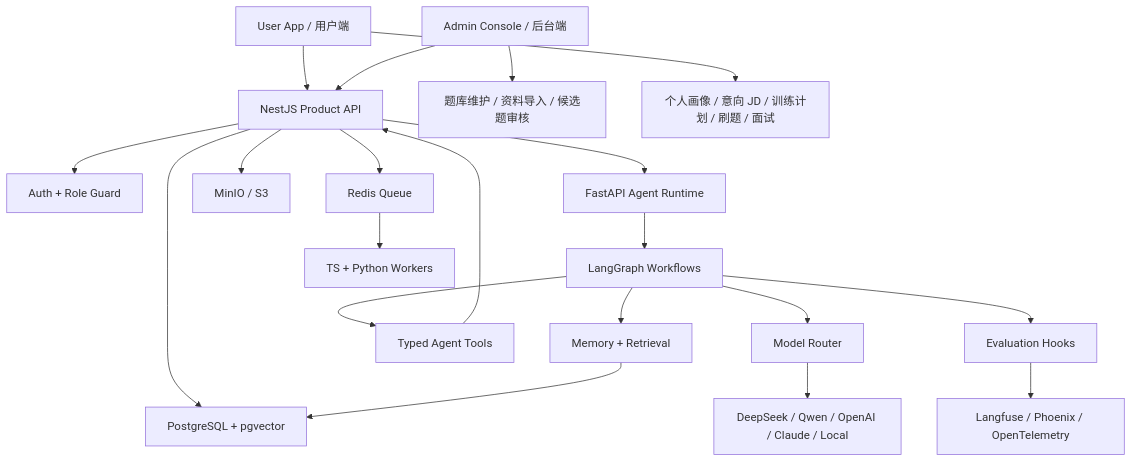
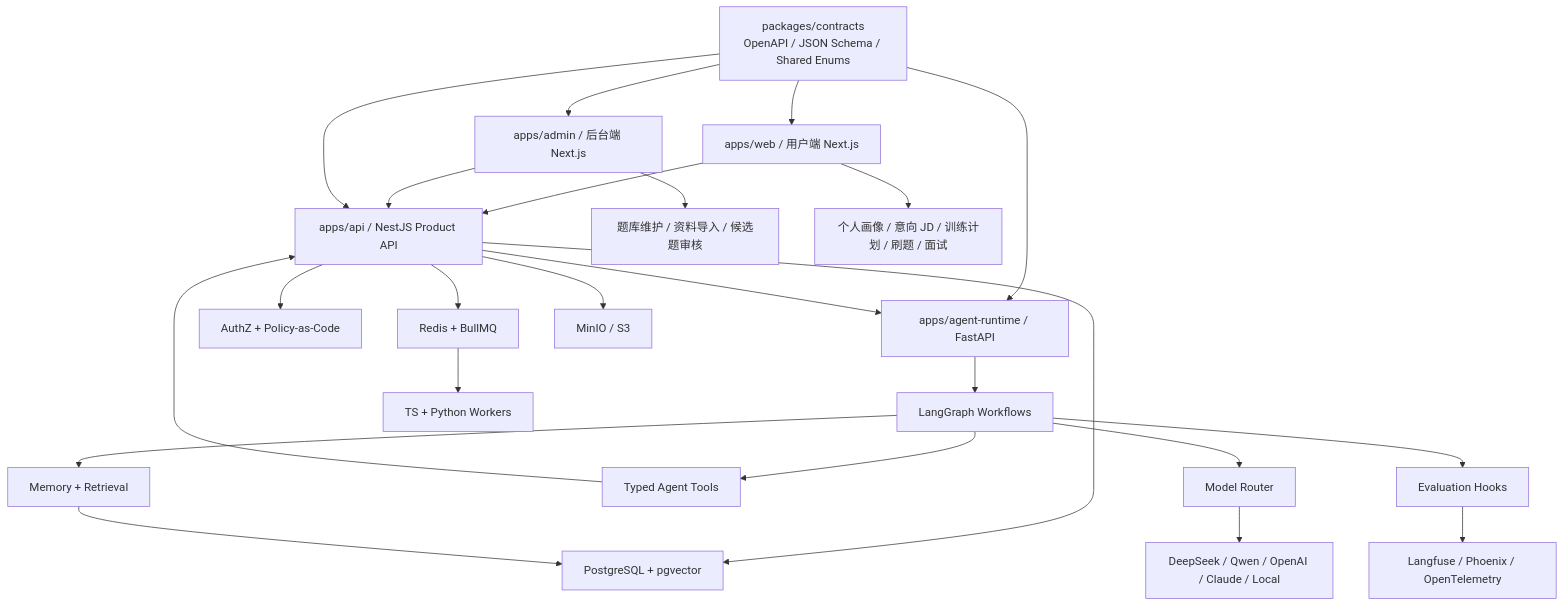
The second of 10 diagrams in 技术方案/面试Agent-技术方案.md (xiaoniuge36/interview-agent), drawn with Mermaid before and after one commit. The commit also changed other lines of this file and 266 other files, not shown here.

````diff
--- a/技术方案/面试Agent-技术方案.md
+++ b/技术方案/面试Agent-技术方案.md
@@ -64,26 +244,31 @@
 ```mermaid
 flowchart TD
-  UserApp["User App / 用户端"] --> API["NestJS Product API"]
-  Admin["Admin Console / 后台端"] --> API
+  UserApp["apps/web / 用户端 Next.js"] --> API["apps/api / NestJS Product API"]
+  Admin["apps/admin / 后台端 Next.js"] --> API
 
-  API --> Auth["Auth + Role Guard"]
+  Contracts["packages/contracts\nOpenAPI / JSON Schema / Shared Enums"] --> UserApp
+  Contracts --> Admin
+  Contracts --> API
+  Contracts --> AgentAPI["apps/agent-runtime / FastAPI"]
+
+  API --> Auth["AuthZ + Policy-as-Code"]
   API --> DB["PostgreSQL + pgvector"]
-  API --> Redis["Redis Queue"]
+  API --> Redis["Redis + BullMQ"]
   API --> S3["MinIO / S3"]
-  API --> AgentAPI["FastAPI Agent Runtime"]
+  API --> AgentAPI
 
   Admin --> Source["题库维护 / 资料导入 / 候选题审核"]
   UserApp --> Training["个人画像 / 意向 JD / 训练计划 / 刷题 / 面试"]
 
   AgentAPI --> Graph["LangGraph Workflows"]
   Graph --> Router["Model Router"]
   Graph --> Tools["Typed Agent Tools"]
   Graph --> Memory["Memory + Retrieval"]
   Graph --> Eval["Evaluation Hooks"]
 
   Router --> Models["DeepSeek / Qwen / OpenAI / Claude / Local"]
   Memory --> DB
   Tools --> API
   Eval --> Obs["Langfuse / Phoenix / OpenTelemetry"]
   Redis --> Workers["TS + Python Workers"]
 ```
````
